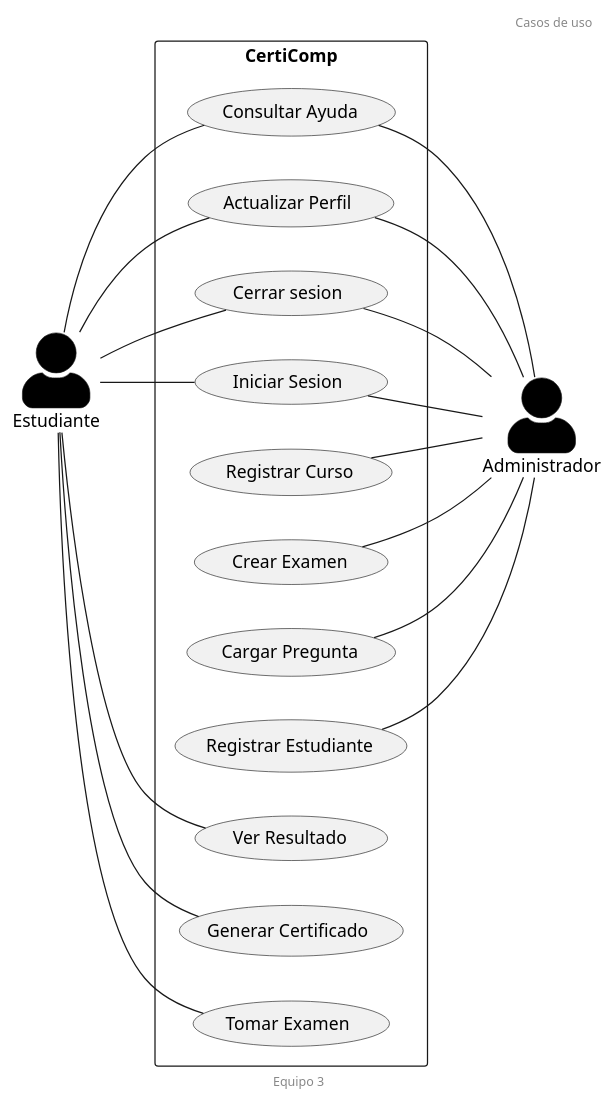
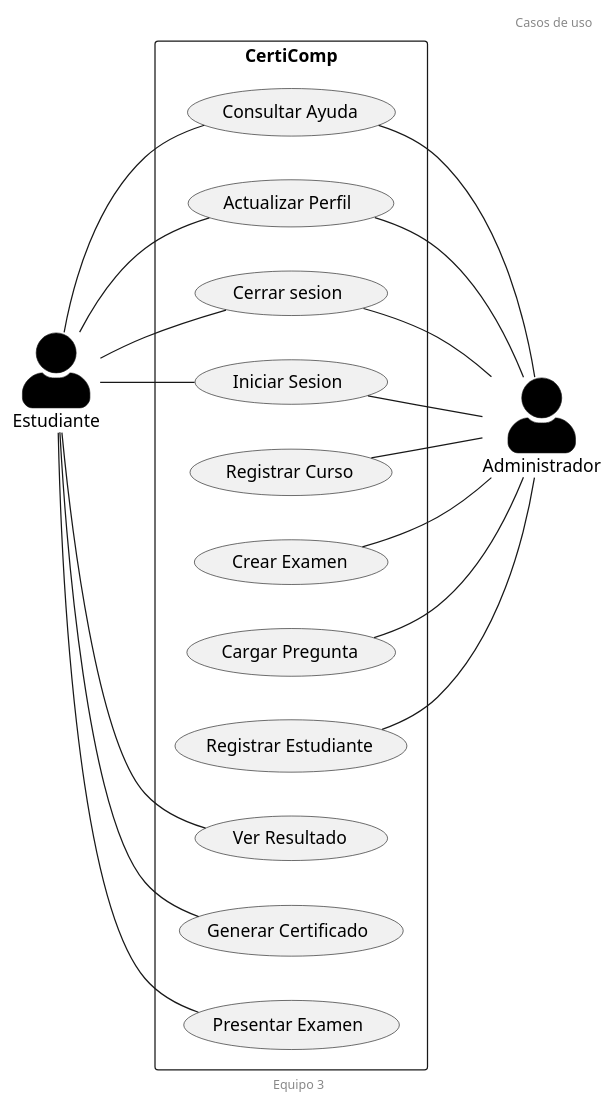
The diagram in docs/scenariosView/Requisitos/CasoDeUso.plantuml (febres35/EdTech_IS), drawn with PlantUML before and after one commit. The commit also changed 3 other files, not shown here.

Commit message:
se cambio el nombre tomar examen por presentar examen

```diff
--- a/docs/scenariosView/Requisitos/CasoDeUso.plantuml
+++ b/docs/scenariosView/Requisitos/CasoDeUso.plantuml
@@ -1,58 +1,58 @@
 @startuml Casos de Uso
 
 left to right direction
 skinparam actorStyle awesome
 skinparam ActorBackgroundColor black
 
 header Casos de uso
 footer Equipo 3
 
 rectangle CertiComp{
 
   usecase " Ver Resultado" as UC6
   usecase " Iniciar Sesion " as UC1 
   usecase " Registrar Estudiante" as UC2
   usecase " Registrar Curso" as UC3
   usecase "Generar Certificado" as UC4  
   
-  usecase "Tomar Examen" as UC13
+  usecase "Presentar Examen" as UC13
   
   usecase " Crear Examen" as UC7
   usecase " Cargar Pregunta" as UC12
   usecase " Consultar Ayuda" as UC8
   usecase " Cerrar sesion " as UC9
   usecase " Actualizar Perfil " as UC10
   
   
 
   
 }
 'usecase "Iniciar Examen " as UC11
 'usecase " Presentar Examen" as UC5
 
 
 Administrador -up- UC2
 Administrador -up- UC12
 Administrador -up- UC7
 Administrador -up- UC3
 
 Estudiante -- UC13
 Estudiante-- UC6
 Estudiante-- UC4
  
 
 Administrador -up- UC1
 Estudiante -- UC1
 
 Administrador -up- UC9
 Estudiante-- UC9
 
 
 Administrador -up-  UC10
 Estudiante -- UC10
 
 Administrador -up- UC8
 Estudiante -- UC8
 
 
 @enduml
```
